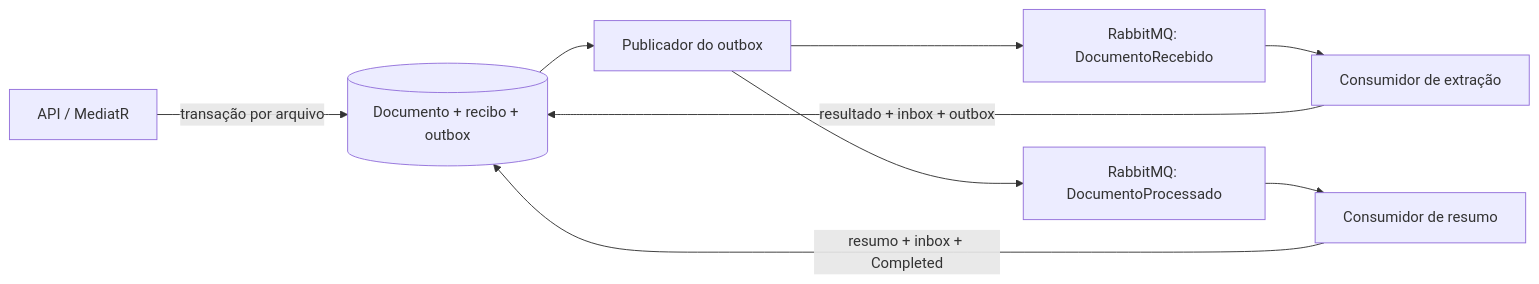
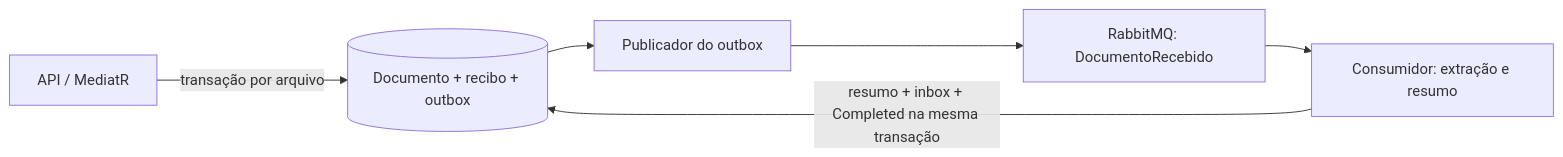
One commit to fdsadat/siegTest changed the diagram in README.md. Above: the diagram before and after it, drawn with Mermaid. The commit also changed other lines of this file and 21 other files, not shown here.

````diff
--- a/README.md
+++ b/README.md
@@ -101,11 +101,8 @@
 ```mermaid
 flowchart LR
   API[API / MediatR] -->|transação por arquivo| SQL[(Documento + recibo + outbox)]
   SQL --> Dispatcher[Publicador do outbox]
   Dispatcher --> Received[RabbitMQ: DocumentoRecebido]
-  Received --> Extractor[Consumidor de extração]
-  Extractor -->|resultado + inbox + outbox| SQL
-  Dispatcher --> Processed[RabbitMQ: DocumentoProcessado]
-  Processed --> Summary[Consumidor de resumo]
-  Summary -->|resumo + inbox + Completed| SQL
+  Received --> Consumer[Consumidor: extração e resumo]
+  Consumer -->|resumo + inbox + Completed na mesma transação| SQL
 ```
````
